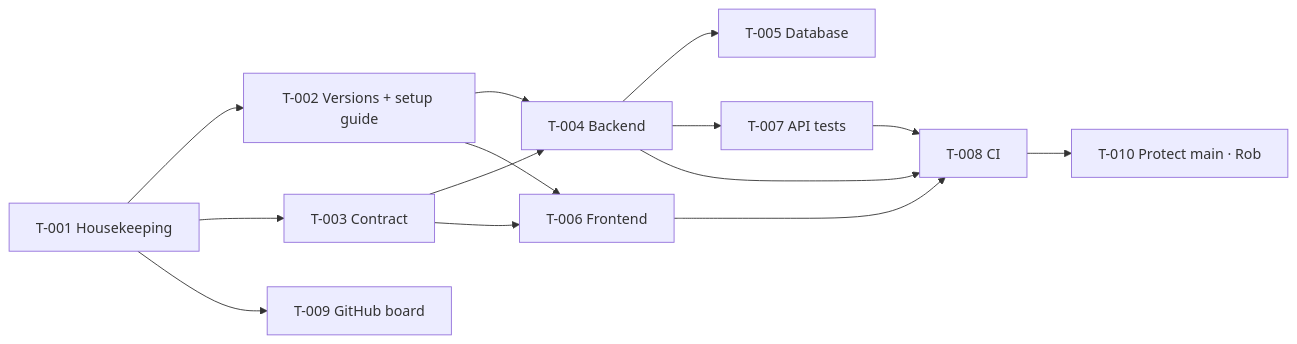
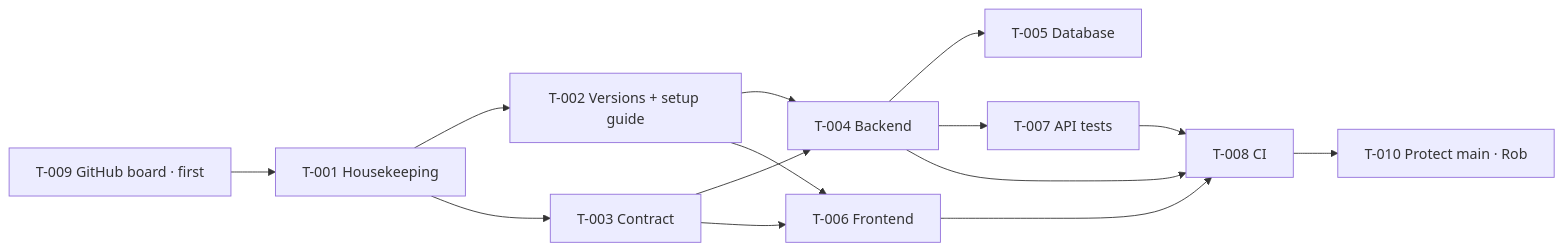
One commit to rob-barlow/ingredient-shopper changed the diagram in specs/000-overview/tasks.md. Above: the diagram before and after it, drawn with Mermaid. The commit also changed other lines of this file, not shown here.

First line of the commit message:
T-009: record GitHub issues in setup tasks

````diff
--- a/specs/000-overview/tasks.md
+++ b/specs/000-overview/tasks.md
@@ -133,16 +133,16 @@
 ```mermaid
 flowchart LR
-    T1[T-001 Housekeeping] --> T2[T-002 Versions + setup guide]
+    T9[T-009 GitHub board · first] --> T1[T-001 Housekeeping]
+    T1 --> T2[T-002 Versions + setup guide]
     T1 --> T3[T-003 Contract]
-    T1 --> T9[T-009 GitHub board]
     T2 --> T4[T-004 Backend]
     T3 --> T4
     T2 --> T6[T-006 Frontend]
     T3 --> T6
     T4 --> T5[T-005 Database]
     T4 --> T7[T-007 API tests]
     T4 --> T8[T-008 CI]
     T6 --> T8
     T7 --> T8
     T8 --> T10[T-010 Protect main · Rob]
 ```
````
